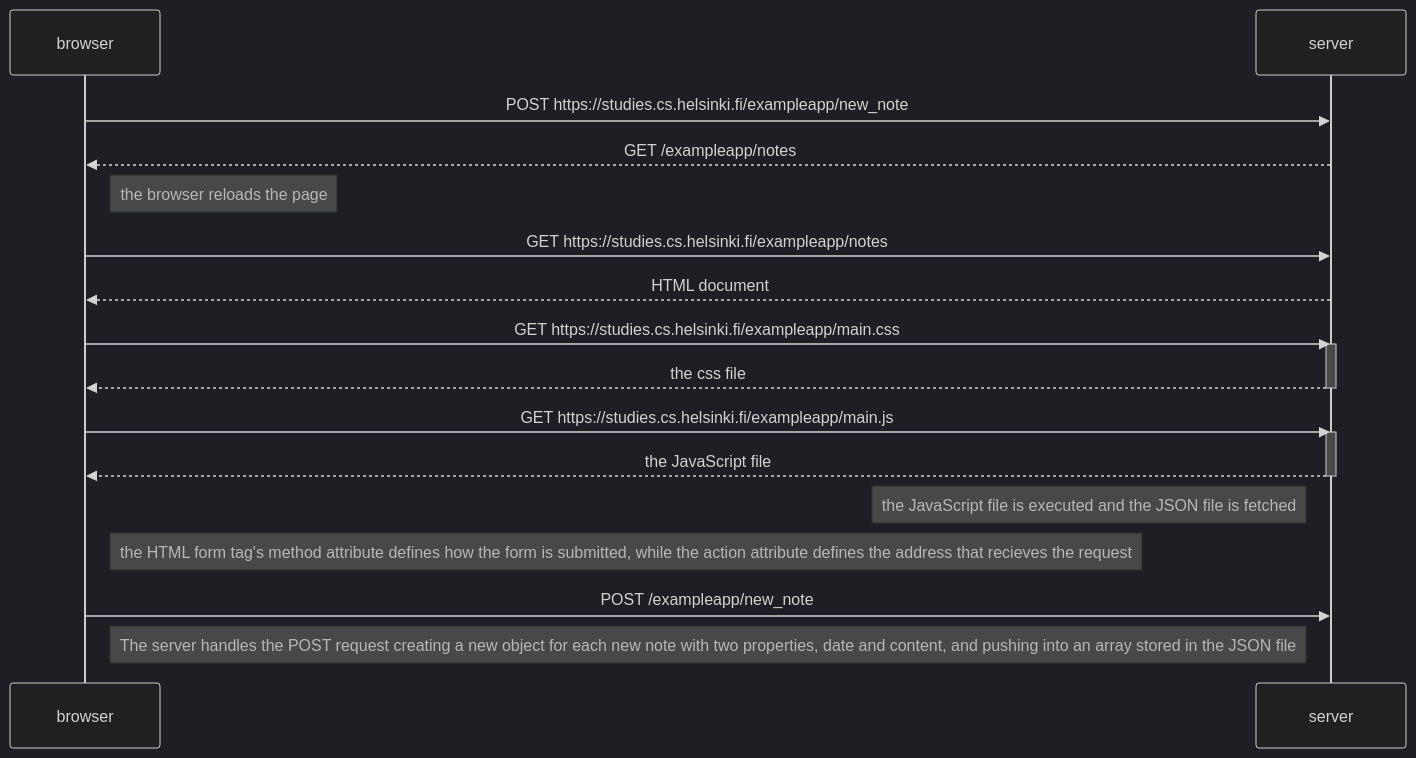
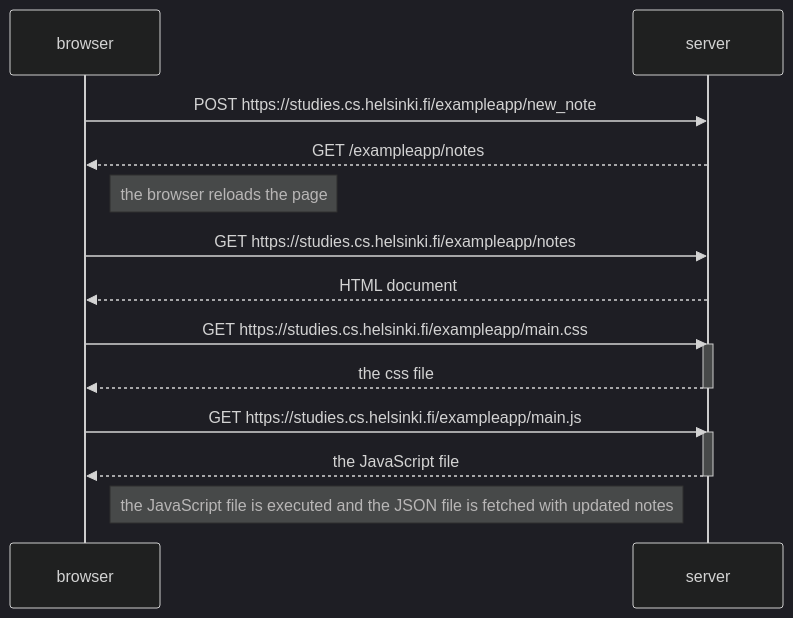
One commit to LauraA-03/Fullstack-Open-exercises changed the diagram in part0/ex04.mmd. Above: the diagram before and after it, drawn with Mermaid (dark theme). The commit also changed other lines of this file, not shown here.

```diff
--- a/part0/ex04.mmd
+++ b/part0/ex04.mmd
@@ -1,26 +1,22 @@
 sequenceDiagram
     participant browser
     participant server
  
    browser->> server : POST https://studies.cs.helsinki.fi/exampleapp/new_note
    server -->> browser: GET /exampleapp/notes
    Note right of browser: the browser reloads the page
 
    browser->>server: GET https://studies.cs.helsinki.fi/exampleapp/notes
     server-->>browser: HTML document
 
     browser->>server: GET https://studies.cs.helsinki.fi/exampleapp/main.css
     activate server
     server-->>browser: the css file
     deactivate server
 
     browser->>server: GET https://studies.cs.helsinki.fi/exampleapp/main.js
     activate server
     server-->>browser: the JavaScript file
     deactivate server
 
-    note left of server: the JavaScript file is executed and the JSON file is fetched
-    note right of browser: the HTML form tag's method attribute defines how the form is submitted, while the action attribute defines the address that recieves the request
-browser->> server: POST /exampleapp/new_note
-
-note left of server:  The server handles the POST request creating a new object for each new note with two properties, date and content, and pushing into an array stored in the JSON file
+    note left of server: the JavaScript file is executed and the JSON file is fetched with updated notes
```
